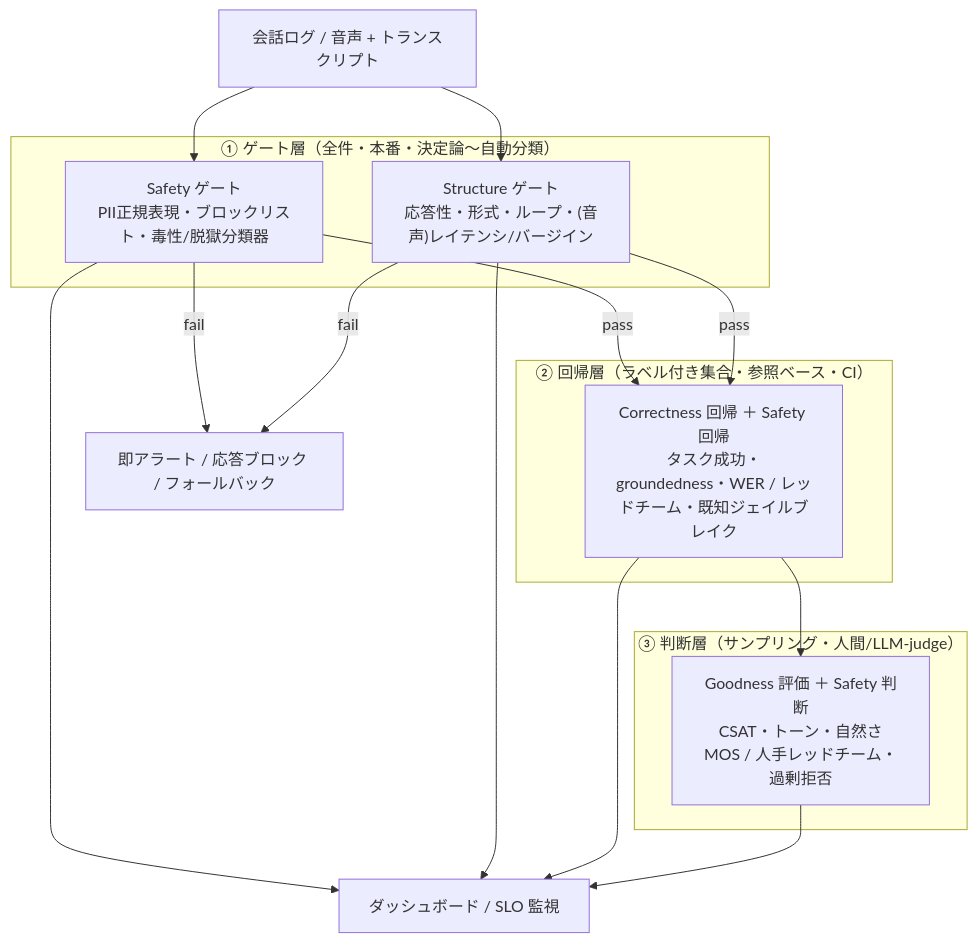
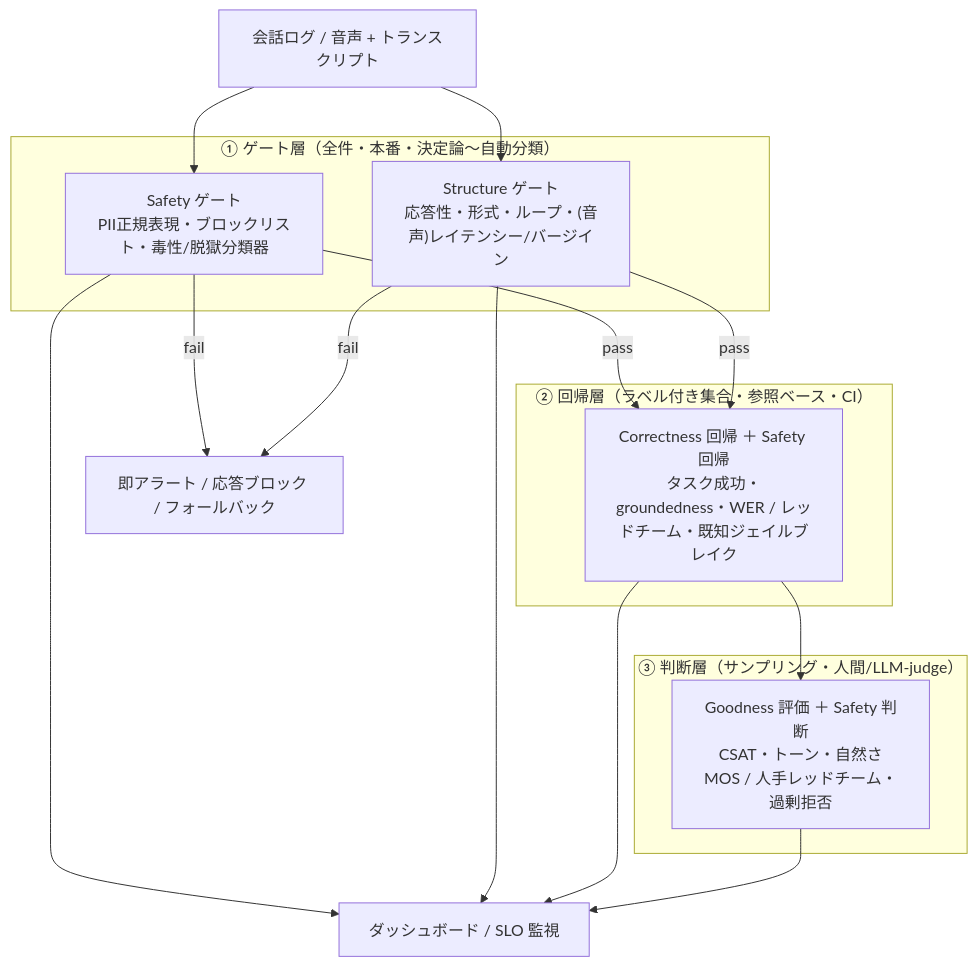
Before and after one commit to yoichiozaki/yoichiozaki.github.io: the diagram in content/blog/ja/conversation-ux-evaluation.mdx, drawn with Mermaid. The commit also changed other lines of this file and 117 other files, not shown here.

````diff
--- a/content/blog/ja/conversation-ux-evaluation.mdx
+++ b/content/blog/ja/conversation-ux-evaluation.mdx
@@ -423,30 +423,30 @@
 ```mermaid
 flowchart TD
   T[会話ログ / 音声 + トランスクリプト] --> G
   T --> SF
 
   subgraph L1["① ゲート層（全件・本番・決定論〜自動分類）"]
-    G["Structure ゲート<br/>応答性・形式・ループ・(音声)レイテンシ/バージイン"]
+    G["Structure ゲート<br/>応答性・形式・ループ・(音声)レイテンシー/バージイン"]
     SF["Safety ゲート<br/>PII正規表現・ブロックリスト・毒性/脱獄分類器"]
   end
 
   G -->|fail| ALERT
   SF -->|fail| ALERT[即アラート / 応答ブロック / フォールバック]
   G -->|pass| S
   SF -->|pass| S
 
   subgraph L2["② 回帰層（ラベル付き集合・参照ベース・CI）"]
     S["Correctness 回帰 ＋ Safety 回帰<br/>タスク成功・groundedness・WER / レッドチーム・既知ジェイルブレイク"]
   end
 
   S --> J
 
   subgraph L3["③ 判断層（サンプリング・人間/LLM-judge）"]
     J["Goodness 評価 ＋ Safety 判断<br/>CSAT・トーン・自然さMOS / 人手レッドチーム・過剰拒否"]
   end
 
   J --> DASH[ダッシュボード / SLO 監視]
   S --> DASH
   G --> DASH
   SF --> DASH
 ```
````
